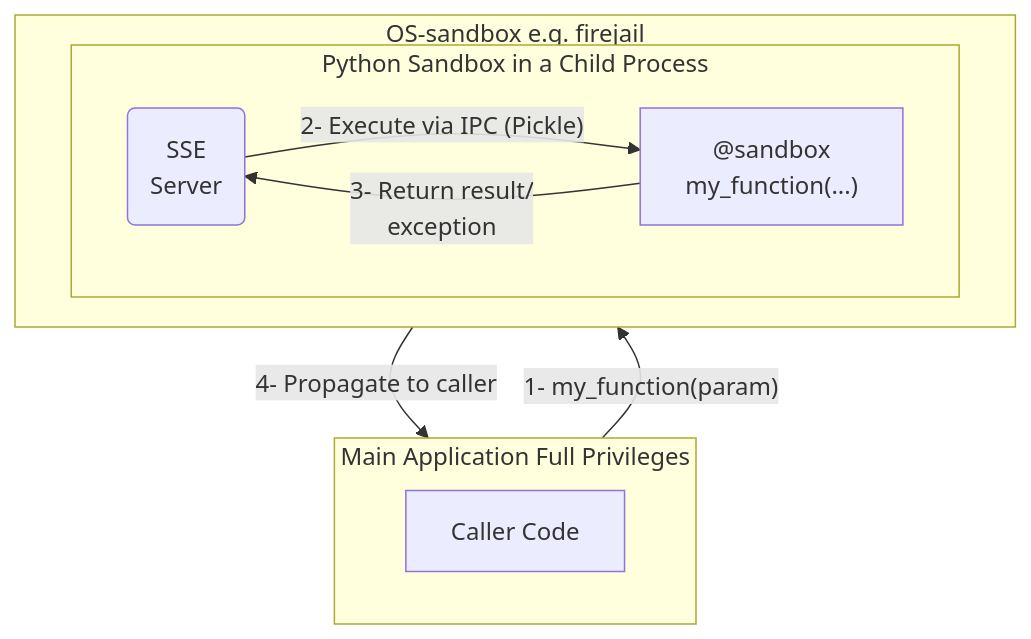
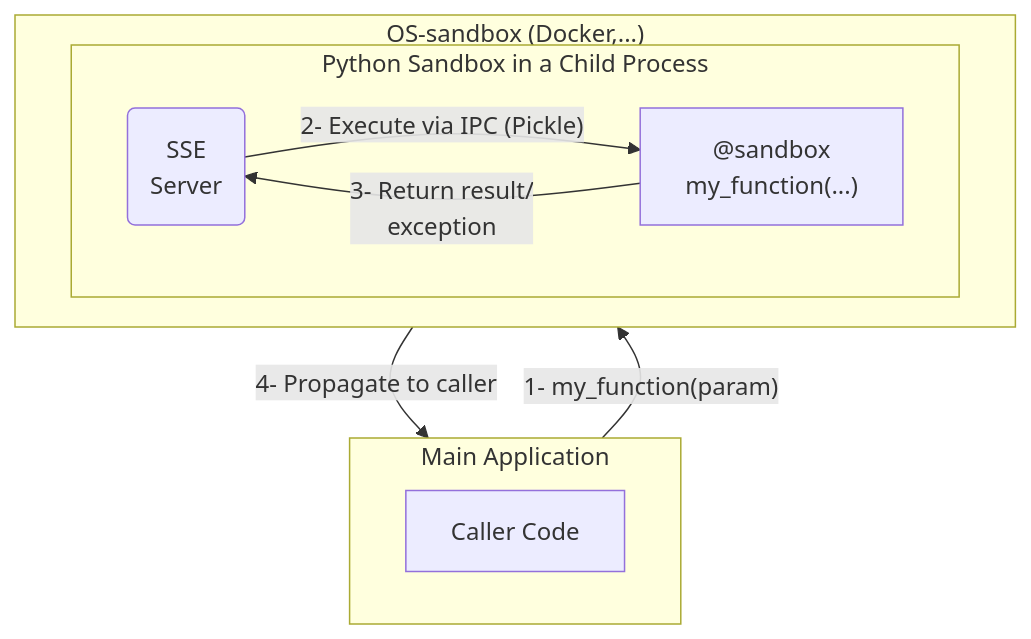
Before and after one commit to pprados/pysandboxes: the second of 2 diagrams in README.md, drawn with Mermaid. The commit also changed other lines of this file and 9 other files, not shown here.

````diff
--- a/README.md
+++ b/README.md
@@ -165,22 +164,22 @@
 ```mermaid
 flowchart TD
-    subgraph MainApplicationFullPrivileges [Main Application Full Privileges]
+    subgraph MainApplicationFullPrivileges [Main Application]
         direction LR
         A[Caller Code]
     end
 
-    subgraph SandboxEnvironment [OS-sandbox e.g. firejail]
+    subgraph SandboxEnvironment ["OS-sandbox (Docker,...)"]
         direction LR
         subgraph OSSandbox [Python Sandbox in a Child Process]
             B(SSE<br/>Server)
 
                 C["@sandbox<br/>my_function(...)"]
         end
     end
 
     A -- "1- my_function(param)" --> B
     B -- "2- Execute via IPC (Pickle)" --> C
     C -- "3- Return result/<br/>exception" --> B
     B -- "4- Propagate to caller" --> A
 
 ```
````
